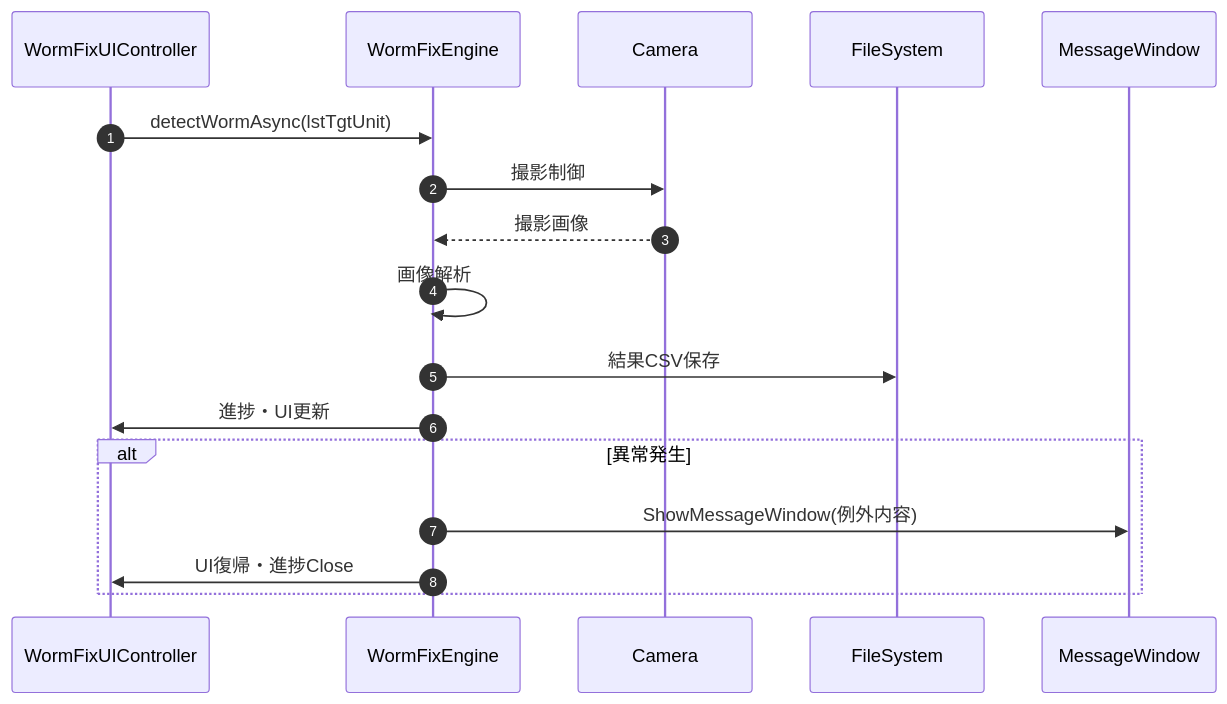
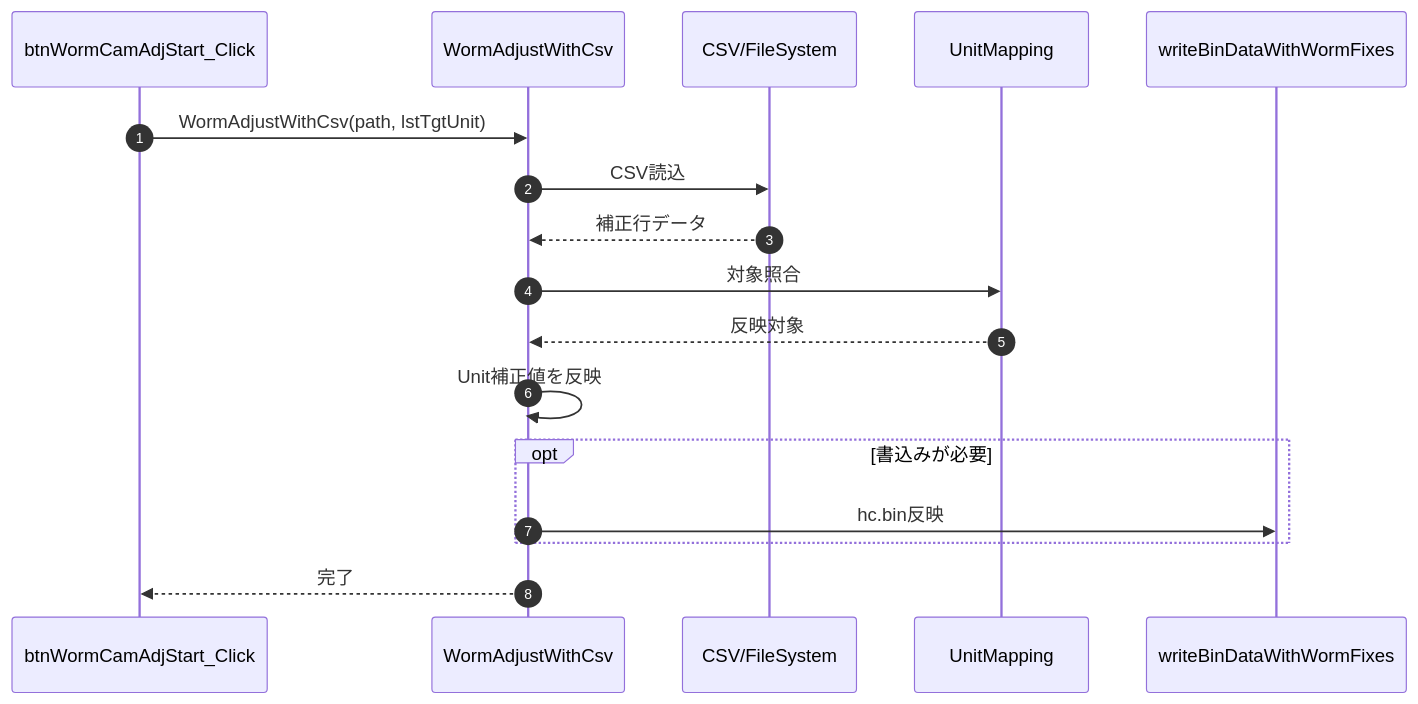
The first of 2 diagrams in docs/02-03.WormFix/WormFix_詳細設計書/08_メソッド仕様/08-2_業務処理メソッド.md (HottaTakayuki/ColorAlignmentSoftware), drawn with Mermaid before and after one commit. The commit also changed other lines of this file and 46 other files, not shown here.

````diff
--- a/docs/02-03.WormFix/WormFix_詳細設計書/08_メソッド仕様/08-2_業務処理メソッド.md
+++ b/docs/02-03.WormFix/WormFix_詳細設計書/08_メソッド仕様/08-2_業務処理メソッド.md
@@ -118,19 +82,20 @@
 ```mermaid
 sequenceDiagram
-    autonumber
-    participant UI as WormFixUIController
-    participant ENG as WormFixEngine
-    participant CAM as Camera
-    participant FS as FileSystem
-    participant MSG as MessageWindow
-    UI->>ENG: detectWormAsync(lstTgtUnit)
-    ENG->>CAM: 撮影制御
-    CAM-->>ENG: 撮影画像
-    ENG->>ENG: 画像解析
-    ENG->>FS: 結果CSV保存
-    ENG->>UI: 進捗・UI更新
-    alt 異常発生
-        ENG->>MSG: ShowMessageWindow(例外内容)
-        ENG->>UI: UI復帰・進捗Close
-    end
+	autonumber
+	participant CALLER as btnWormCamAdjStart_Click
+	participant ADJ as WormAdjustWithCsv
+	participant FS as CSV/FileSystem
+	participant MAP as UnitMapping
+	participant WR as writeBinDataWithWormFixes
+
+	CALLER->>ADJ: WormAdjustWithCsv(path, lstTgtUnit)
+	ADJ->>FS: CSV読込
+	FS-->>ADJ: 補正行データ
+	ADJ->>MAP: 対象照合
+	MAP-->>ADJ: 反映対象
+	ADJ->>ADJ: Unit補正値を反映
+	opt 書込みが必要
+		ADJ->>WR: hc.bin反映
+	end
+	ADJ-->>CALLER: 完了
 ```
````
